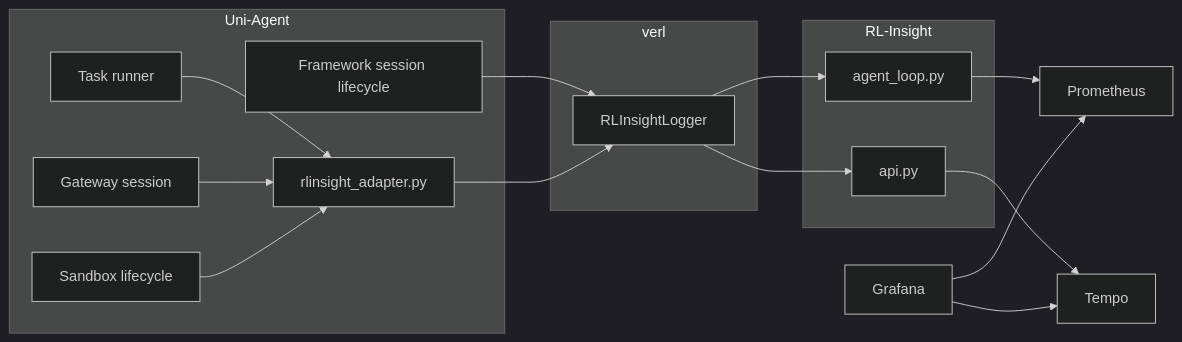
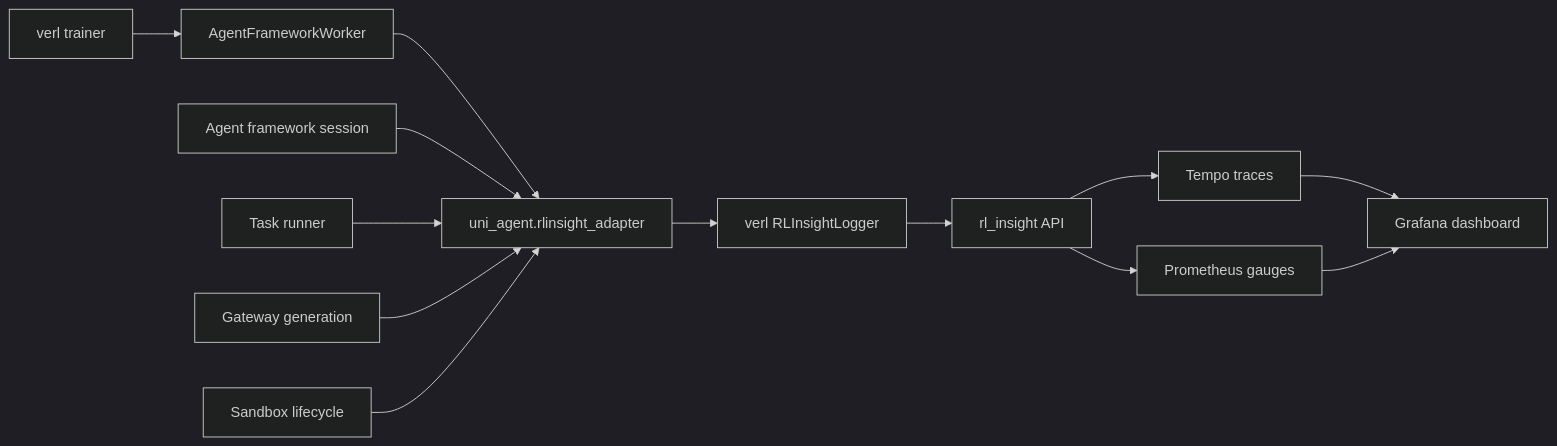
Before and after one commit to tardis-key/uni-agent: the first of 2 diagrams in docs/source/concepts/rl-insight-integration.md, drawn with Mermaid (dark theme). The commit also changed other lines of this file, not shown here.

Commit message:
docs(rl-insight): explain instrumentation stages

````diff
--- a/docs/source/concepts/rl-insight-integration.md
+++ b/docs/source/concepts/rl-insight-integration.md
@@ -34,35 +20,15 @@
 ```mermaid
 flowchart LR
-    subgraph Uni-Agent
-        framework[Framework session lifecycle]
-        task[Task runner]
-        gateway[Gateway session]
-        sandbox[Sandbox lifecycle]
-        adapter[rlinsight_adapter.py]
-    end
-
-    subgraph verl
-        logger[RLInsightLogger]
-    end
-
-    subgraph RL-Insight
-        agent_loop[agent_loop.py]
-        api[api.py]
-    end
-
-    Tempo[Tempo]
-    Prometheus[Prometheus]
-    Grafana[Grafana]
-
-    framework --> logger
-    task --> adapter
-    gateway --> adapter
-    sandbox --> adapter
-    adapter --> logger
-    logger --> agent_loop
-    logger --> api
-    agent_loop --> Prometheus
-    api --> Tempo
-    Grafana --> Tempo
-    Grafana --> Prometheus
+    trainer[verl trainer] --> worker[AgentFrameworkWorker]
+    worker --> adapter[uni_agent.rlinsight_adapter]
+    framework[Agent framework session] --> adapter
+    task[Task runner] --> adapter
+    gateway[Gateway generation] --> adapter
+    sandbox[Sandbox lifecycle] --> adapter
+    adapter --> logger[verl RLInsightLogger]
+    logger --> api[rl_insight API]
+    api --> tempo[Tempo traces]
+    api --> prometheus[Prometheus gauges]
+    tempo --> grafana[Grafana dashboard]
+    prometheus --> grafana
 ```
````
